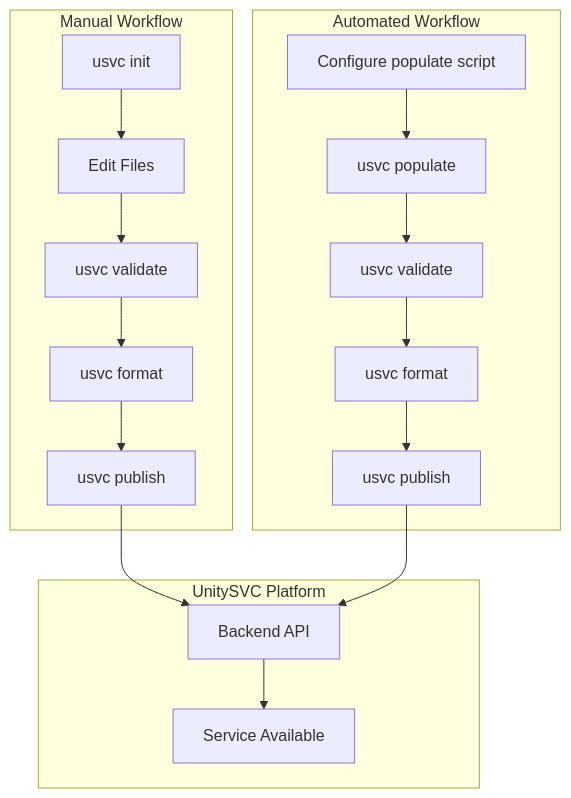
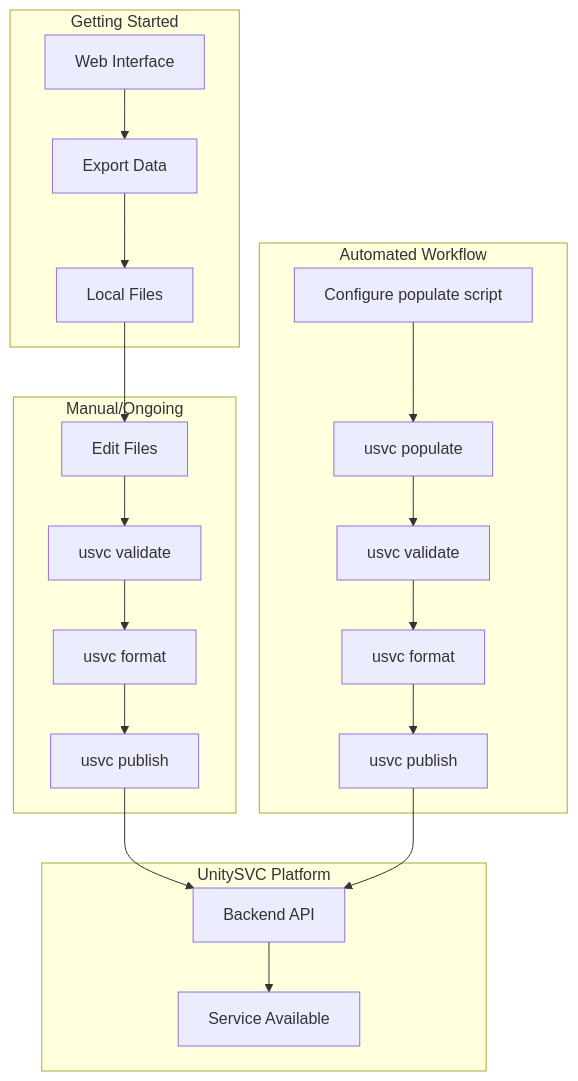
Before and after one commit to unitysvc/unitysvc-services: the first of 2 diagrams in docs/workflows.md, drawn with Mermaid. The commit also changed other lines of this file and 23 other files, not shown here.

````diff
--- a/docs/workflows.md
+++ b/docs/workflows.md
@@ -14,22 +20,27 @@
 ```mermaid
 flowchart TB
-    subgraph Manual["Manual Workflow"]
-        A1[usvc init] --> A2[Edit Files]
+    subgraph WebStart["Getting Started"]
+        W1[Web Interface] --> W2[Export Data]
+        W2 --> W3[Local Files]
+    end
+
+    subgraph Manual["Manual/Ongoing"]
+        W3 --> A2[Edit Files]
         A2 --> A3[usvc validate]
         A3 --> A4[usvc format]
         A4 --> A5[usvc publish]
     end
 
     subgraph Automated["Automated Workflow"]
         B1[Configure populate script] --> B2[usvc populate]
         B2 --> B3[usvc validate]
         B3 --> B4[usvc format]
         B4 --> B5[usvc publish]
     end
 
     subgraph Platform["UnitySVC Platform"]
         A5 --> C[Backend API]
         B5 --> C
         C --> D[Service Available]
     end
 ```
````
